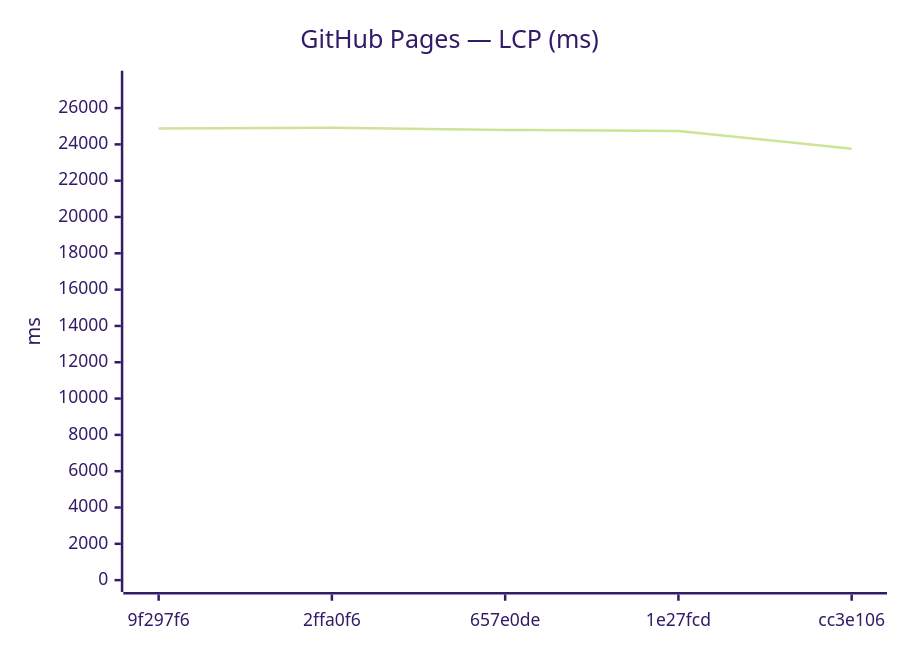
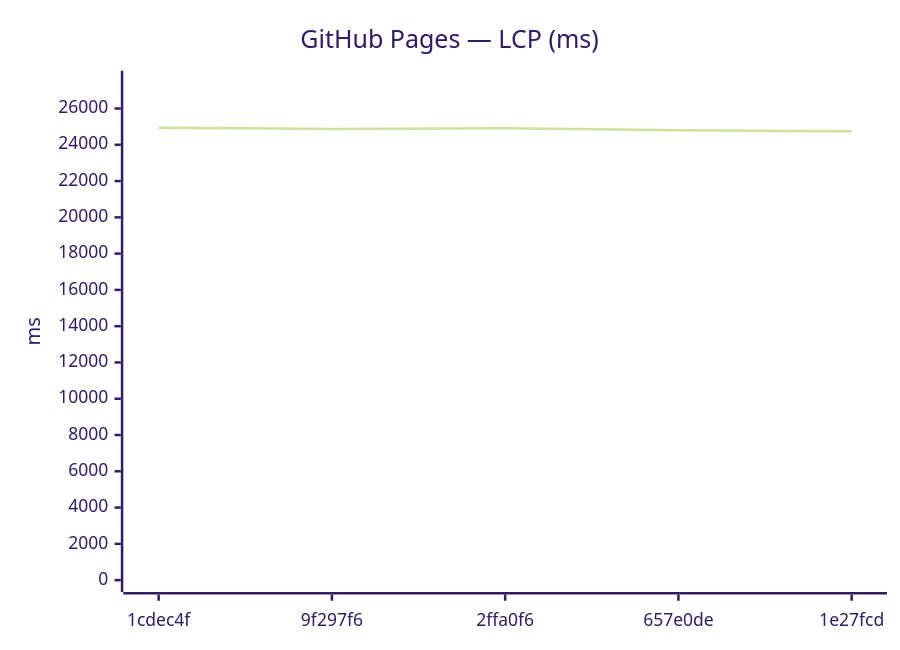
One commit to Metaheurist/Rianell changed the ninth of 18 diagrams in benchmarks/compare.md. Above: the diagram before and after it, drawn with Mermaid (forest theme). The commit also changed other lines of this file and 11 other files, not shown here.

````diff
--- a/benchmarks/compare.md
+++ b/benchmarks/compare.md
@@ -142,7 +142,7 @@
 ```mermaid
 xychart-beta
     title "GitHub Pages — LCP (ms)"
-    x-axis ["9f297f6", "2ffa0f6", "657e0de", "1e27fcd", "cc3e106"]
-    y-axis "ms" 0 --> 27402
-    line [24873, 24910, 24797, 24744, 23765]
+    x-axis ["1cdec4f", "9f297f6", "2ffa0f6", "657e0de", "1e27fcd"]
+    y-axis "ms" 0 --> 27427
+    line [24933, 24873, 24910, 24797, 24744]
 ```
````
